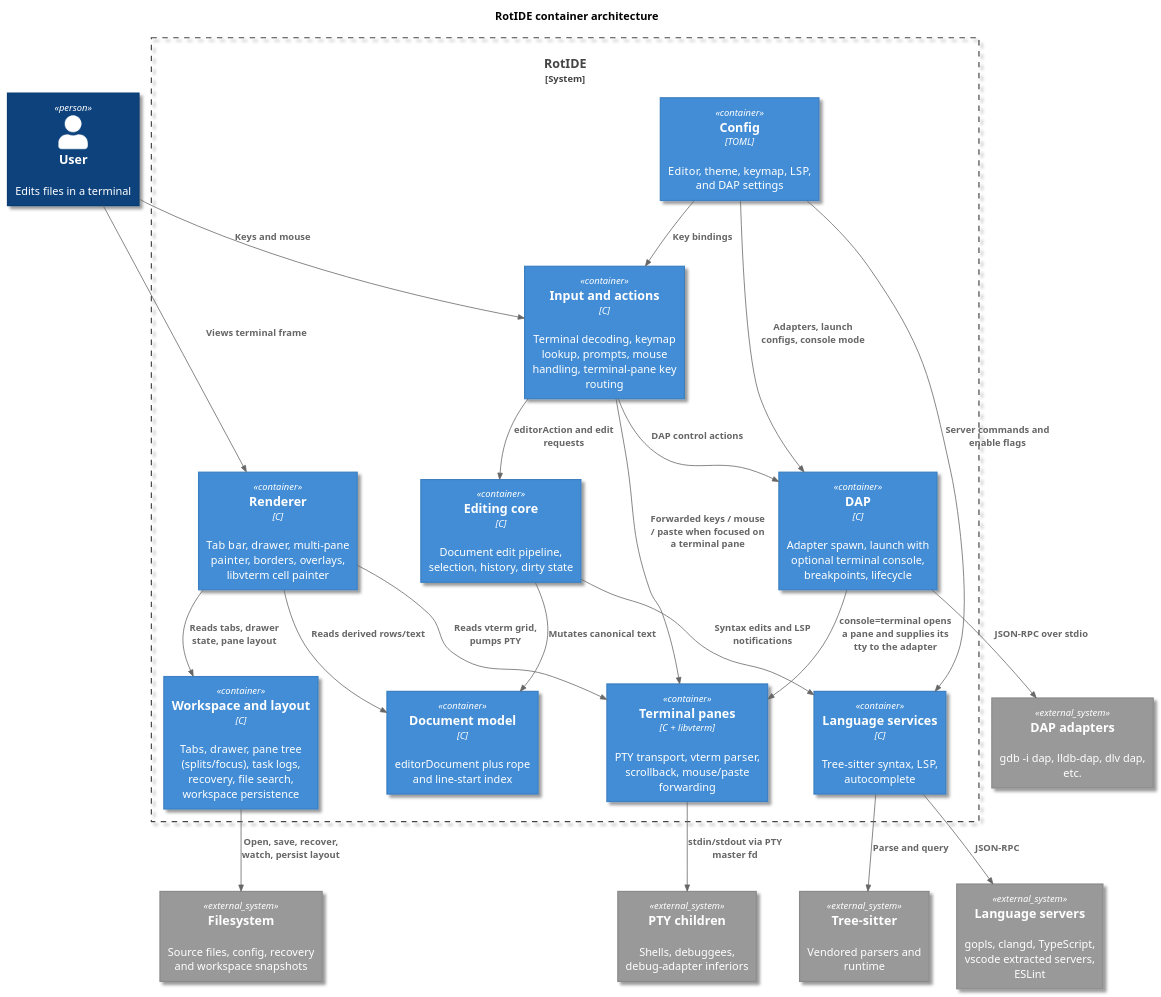
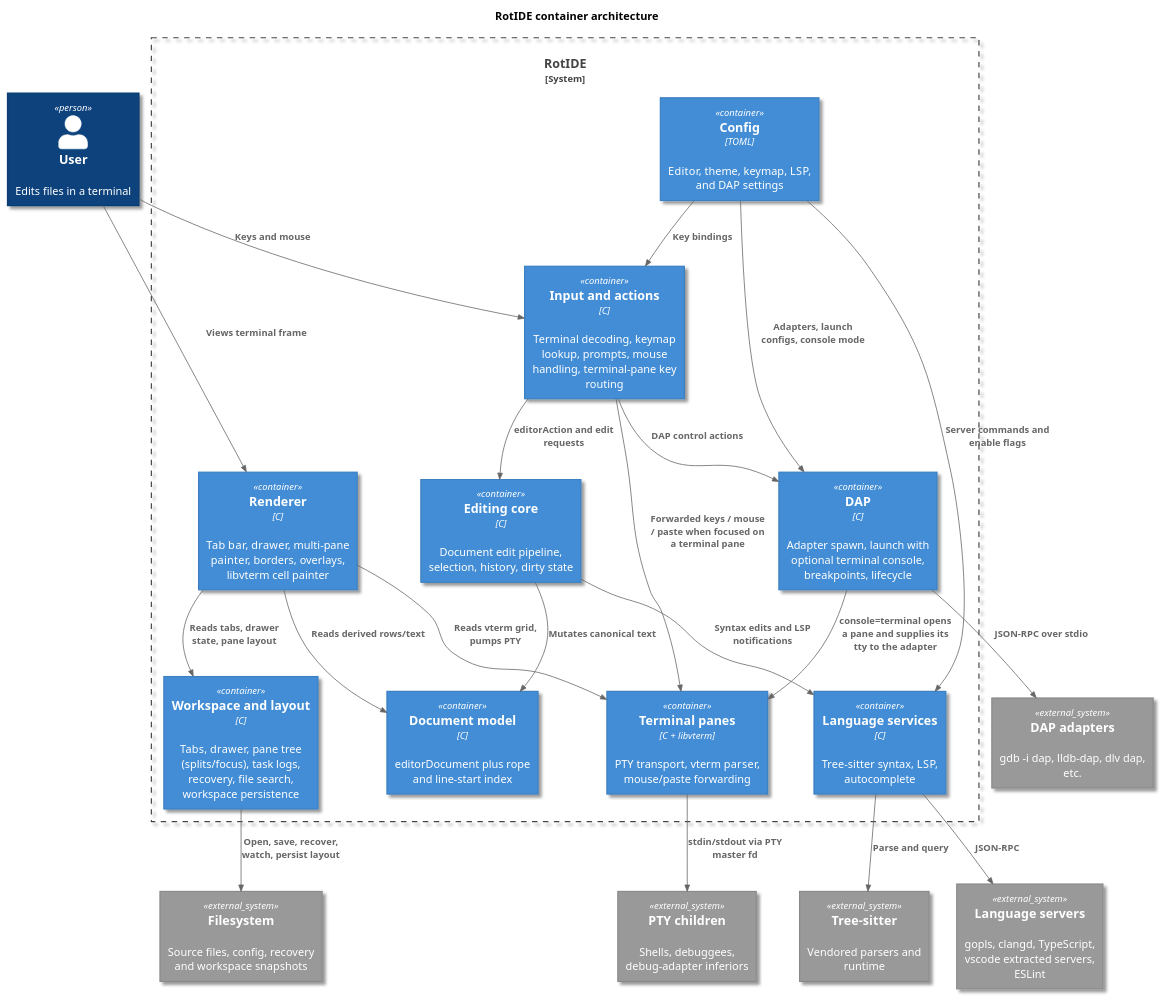
One commit to kokkoniemi/rotide changed the diagram in docs/diagrams/src/architecture-container.puml. Above: the diagram before and after it, drawn with PlantUML. The commit also changed 9 other files, not shown here.

```diff
--- a/docs/diagrams/src/architecture-container.puml
+++ b/docs/diagrams/src/architecture-container.puml
@@ -1,47 +1,47 @@
 @startuml
 skin rose
 !include <C4/C4_Container>
 skinparam backgroundColor #FFFFFF
 
 title RotIDE container architecture
 
 Person(user, "User", "Edits files in a terminal")
 System_Boundary(rotide, "RotIDE") {
 	Container(input, "Input and actions", "C", "Terminal decoding, keymap lookup, prompts, mouse handling, terminal-pane key routing")
 	Container(editing, "Editing core", "C", "Document edit pipeline, selection, history, dirty state")
 	Container(document, "Document model", "C", "editorDocument plus rope and line-start index")
 	Container(render, "Renderer", "C", "Tab bar, drawer, multi-pane painter, borders, overlays, libvterm cell painter")
 	Container(workspace, "Workspace and layout", "C", "Tabs, drawer, pane tree (splits/focus), task logs, recovery, file search, workspace persistence")
 	Container(language, "Language services", "C", "Tree-sitter syntax, LSP, autocomplete")
-	Container(terminal, "Terminal panes", "C + libvterm", "PTY transport, vterm parser, scrollback, mouse/paste forwarding")
+	Container(terminal, "Terminal panes", "C + libvterm", "PTY transport, vterm parser, mouse/paste forwarding")
 	Container(dap, "DAP", "C", "Adapter spawn, launch with optional terminal console, breakpoints, lifecycle")
 	Container(config, "Config", "TOML", "Editor, theme, keymap, LSP, and DAP settings")
 }
 
 System_Ext(files, "Filesystem", "Source files, config, recovery and workspace snapshots")
 System_Ext(ts, "Tree-sitter", "Vendored parsers and runtime")
 System_Ext(lsp, "Language servers", "gopls, clangd, TypeScript, vscode extracted servers, ESLint")
 System_Ext(pty_children, "PTY children", "Shells, debuggees, debug-adapter inferiors")
 System_Ext(adapters, "DAP adapters", "gdb -i dap, lldb-dap, dlv dap, etc.")
 
 Rel(user, input, "Keys and mouse")
 Rel(input, editing, "editorAction and edit requests")
 Rel(input, terminal, "Forwarded keys / mouse / paste when focused on a terminal pane")
 Rel(input, dap, "DAP control actions")
 Rel(editing, document, "Mutates canonical text")
 Rel(editing, language, "Syntax edits and LSP notifications")
 Rel(render, document, "Reads derived rows/text")
 Rel(render, workspace, "Reads tabs, drawer state, pane layout")
 Rel(render, terminal, "Reads vterm grid, pumps PTY")
 Rel(config, input, "Key bindings")
 Rel(config, language, "Server commands and enable flags")
 Rel(config, dap, "Adapters, launch configs, console mode")
 Rel(workspace, files, "Open, save, recover, watch, persist layout")
 Rel(language, ts, "Parse and query")
 Rel(language, lsp, "JSON-RPC")
 Rel(terminal, pty_children, "stdin/stdout via PTY master fd")
 Rel(dap, adapters, "JSON-RPC over stdio")
 Rel(dap, terminal, "console=terminal opens a pane and supplies its tty to the adapter")
 Rel(user, render, "Views terminal frame")
 
 @enduml
```
